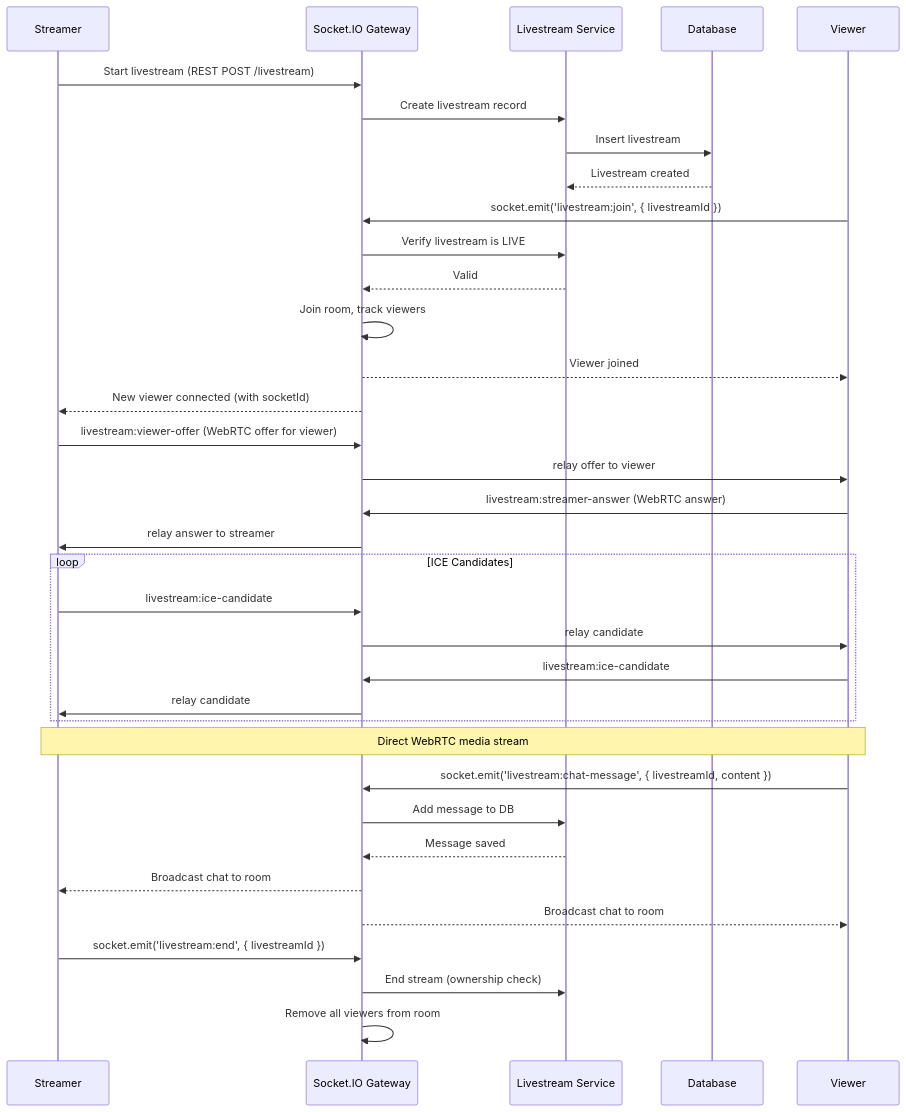
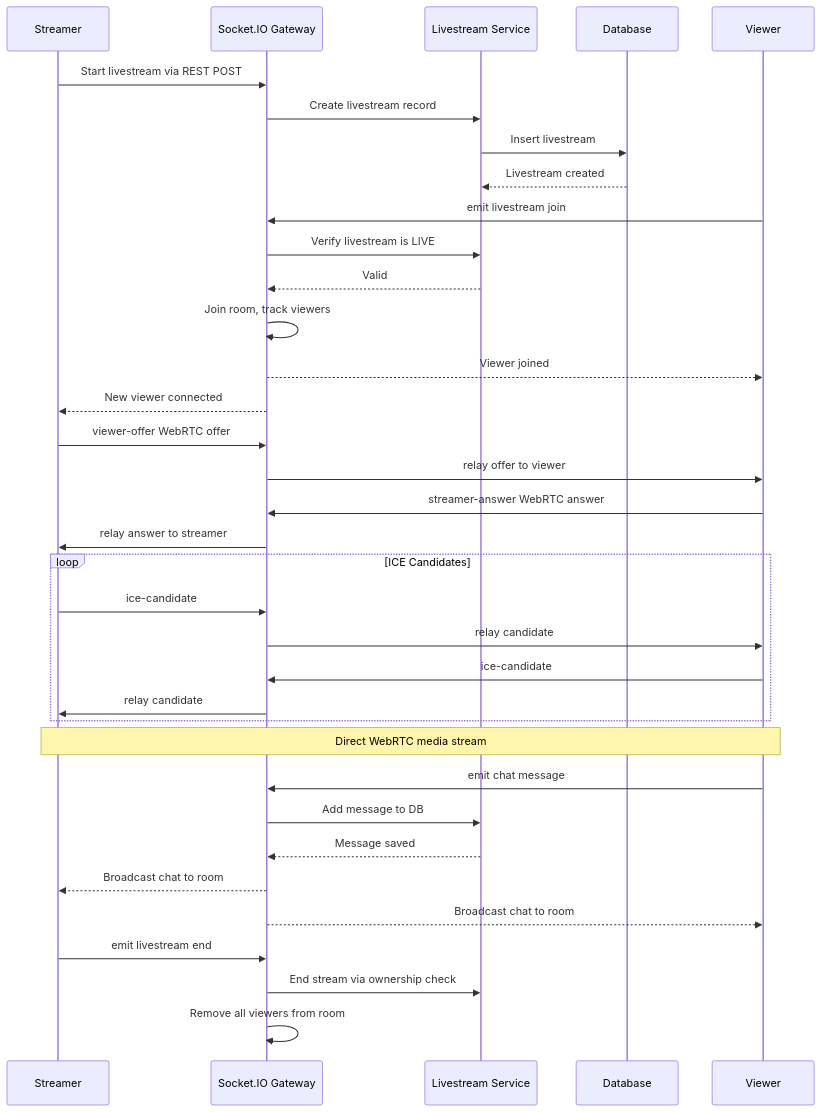
One commit to LeNguyenTatThang/Halogram changed the tenth of 15 diagrams in README.md. Above: the diagram before and after it, drawn with Mermaid. The commit also changed other lines of this file, not shown here.

First line of the commit message:
fix: repair all Mermaid diagrams for GitHub render compatibility

````diff
--- a/README.md
+++ b/README.md
@@ -721,45 +725,45 @@
 ```mermaid
 sequenceDiagram
     participant S as Streamer
     participant WS as Socket.IO Gateway
     participant SVC as Livestream Service
     participant DB as Database
     participant V as Viewer
 
-    S->>WS: Start livestream (REST POST /livestream)
+    S->>WS: Start livestream via REST POST
     WS->>SVC: Create livestream record
     SVC->>DB: Insert livestream
     DB-->>SVC: Livestream created
 
-    V->>WS: socket.emit('livestream:join', { livestreamId })
+    V->>WS: emit livestream join
     WS->>SVC: Verify livestream is LIVE
     SVC-->>WS: Valid
     WS->>WS: Join room, track viewers
     WS-->>V: Viewer joined
-    WS-->>S: New viewer connected (with socketId)
+    WS-->>S: New viewer connected
 
-    S->>WS: livestream:viewer-offer (WebRTC offer for viewer)
+    S->>WS: viewer-offer WebRTC offer
     WS->>V: relay offer to viewer
 
-    V->>WS: livestream:streamer-answer (WebRTC answer)
+    V->>WS: streamer-answer WebRTC answer
     WS->>S: relay answer to streamer
 
     loop ICE Candidates
-        S->>WS: livestream:ice-candidate
+        S->>WS: ice-candidate
         WS->>V: relay candidate
-        V->>WS: livestream:ice-candidate
+        V->>WS: ice-candidate
         WS->>S: relay candidate
     end
 
     Note over S,V: Direct WebRTC media stream
 
-    V->>WS: socket.emit('livestream:chat-message', { livestreamId, content })
+    V->>WS: emit chat message
     WS->>SVC: Add message to DB
     SVC-->>WS: Message saved
     WS-->>S: Broadcast chat to room
     WS-->>V: Broadcast chat to room
 
-    S->>WS: socket.emit('livestream:end', { livestreamId })
-    WS->>SVC: End stream (ownership check)
+    S->>WS: emit livestream end
+    WS->>SVC: End stream via ownership check
     WS->>WS: Remove all viewers from room
 ```
````
